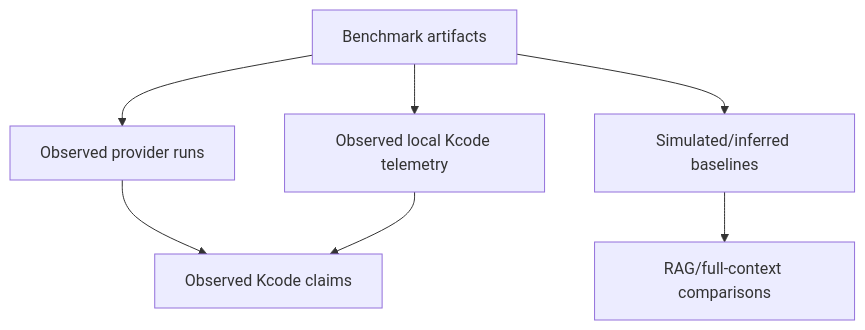
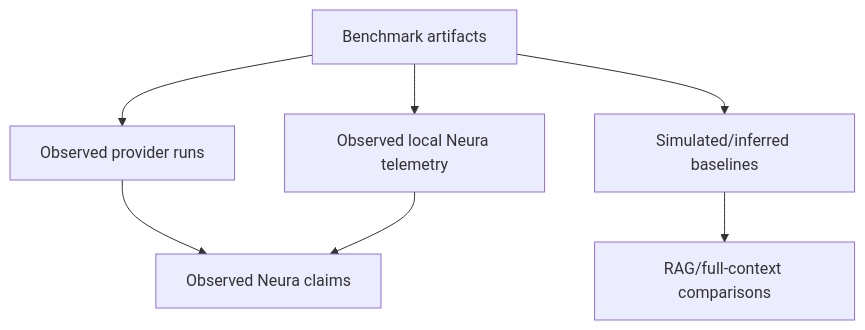
One commit to icedmoca/neura changed the ninth of 9 diagrams in docs/ru.md. Above: the diagram before and after it, drawn with Mermaid. The commit also changed other lines of this file and 562 other files, not shown here.

Commit message:
Rename Kcode to Neura

````diff
--- a/docs/ru.md
+++ b/docs/ru.md
@@ -291,9 +291,9 @@
 ```mermaid
 flowchart TD
     Artifacts[Benchmark artifacts] --> Provider[Observed provider runs]
-    Artifacts --> Local[Observed local Kcode telemetry]
+    Artifacts --> Local[Observed local Neura telemetry]
     Artifacts --> Baselines[Simulated/inferred baselines]
-    Provider --> Claims[Observed Kcode claims]
+    Provider --> Claims[Observed Neura claims]
     Local --> Claims
     Baselines --> Comparisons[RAG/full-context comparisons]
 ```
````
